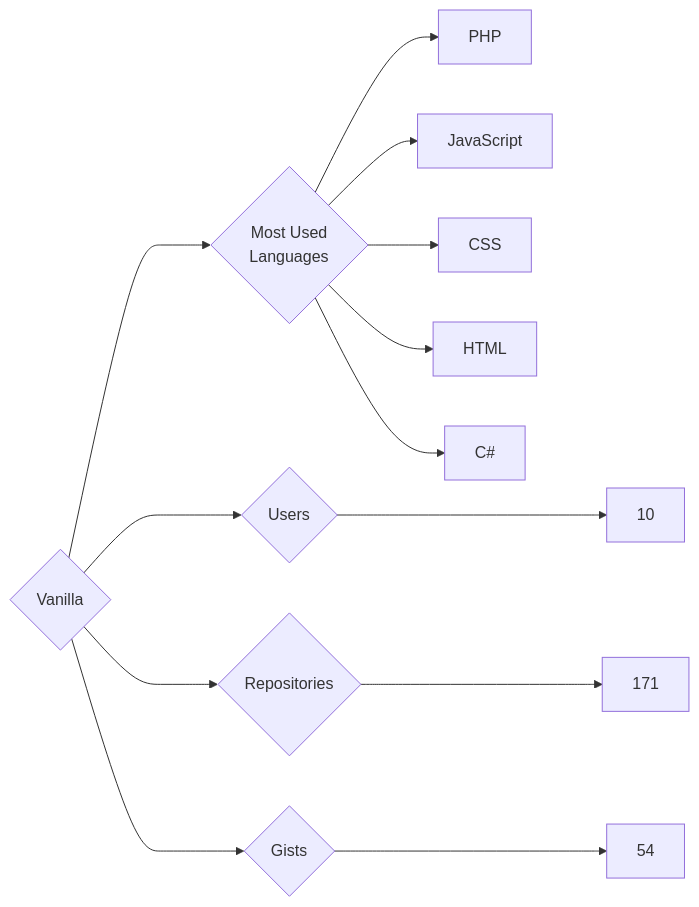
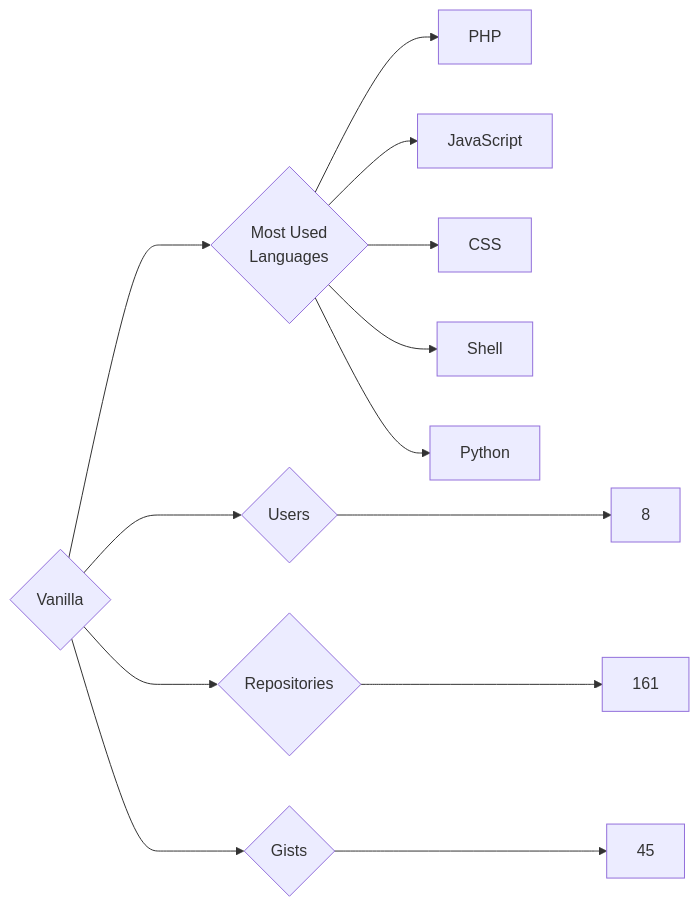
The diagram in targets/Vanilla/README.md (trickest/insiders), drawn with Mermaid before and after one commit. The commit also changed 677 other files, not shown here.

````diff
--- a/targets/Vanilla/README.md
+++ b/targets/Vanilla/README.md
@@ -3,13 +3,13 @@
 ```mermaid
 graph LR
 COMPANY_NAME{Vanilla}
-COMPANY_NAME ---> U{Users} ---> UN[10]
-COMPANY_NAME ---> R{Repositories} ---> RN[171]
-COMPANY_NAME ---> G{Gists} ---> GN[54]
+COMPANY_NAME ---> U{Users} ---> UN[8]
+COMPANY_NAME ---> R{Repositories} ---> RN[161]
+COMPANY_NAME ---> G{Gists} ---> GN[45]
 COMPANY_NAME ---> ML{Most Used<br>Languages}
 ML --> PHP[PHP]
 ML --> JavaScript[JavaScript]
 ML --> CSS[CSS]
-ML --> HTML[HTML]
-ML --> C#[C#]
+ML --> Shell[Shell]
+ML --> Python[Python]
 ```
````
